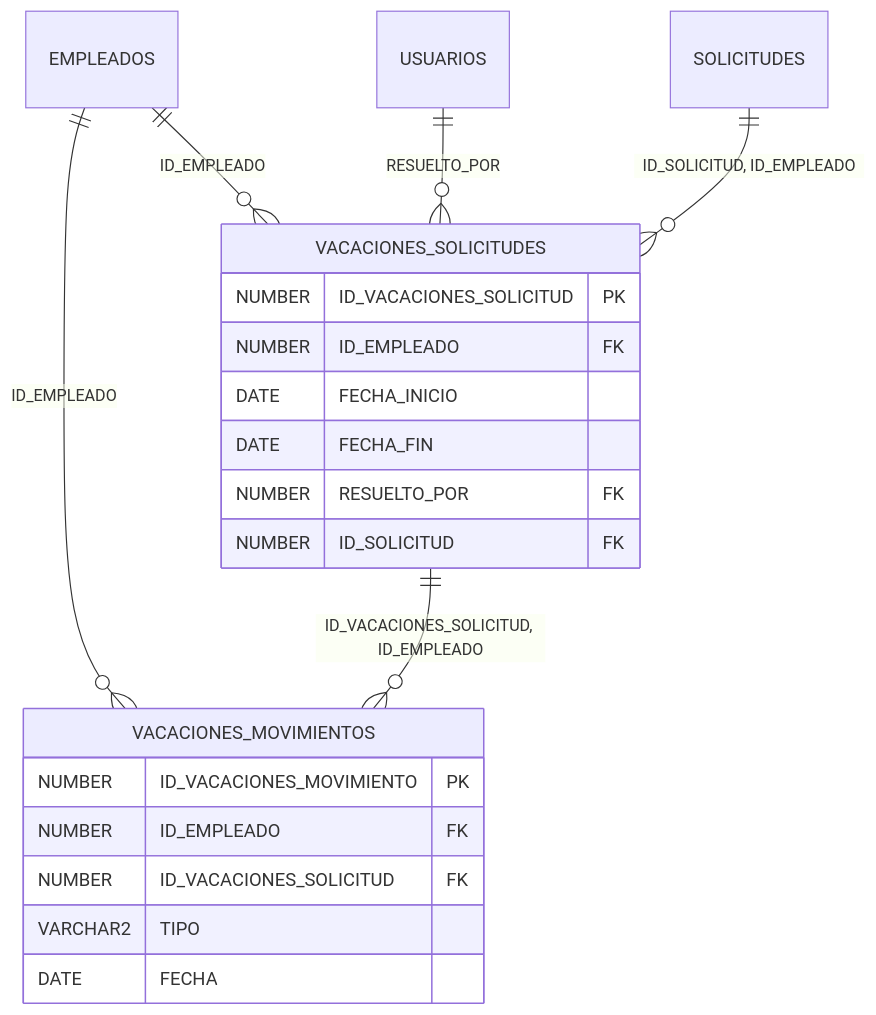
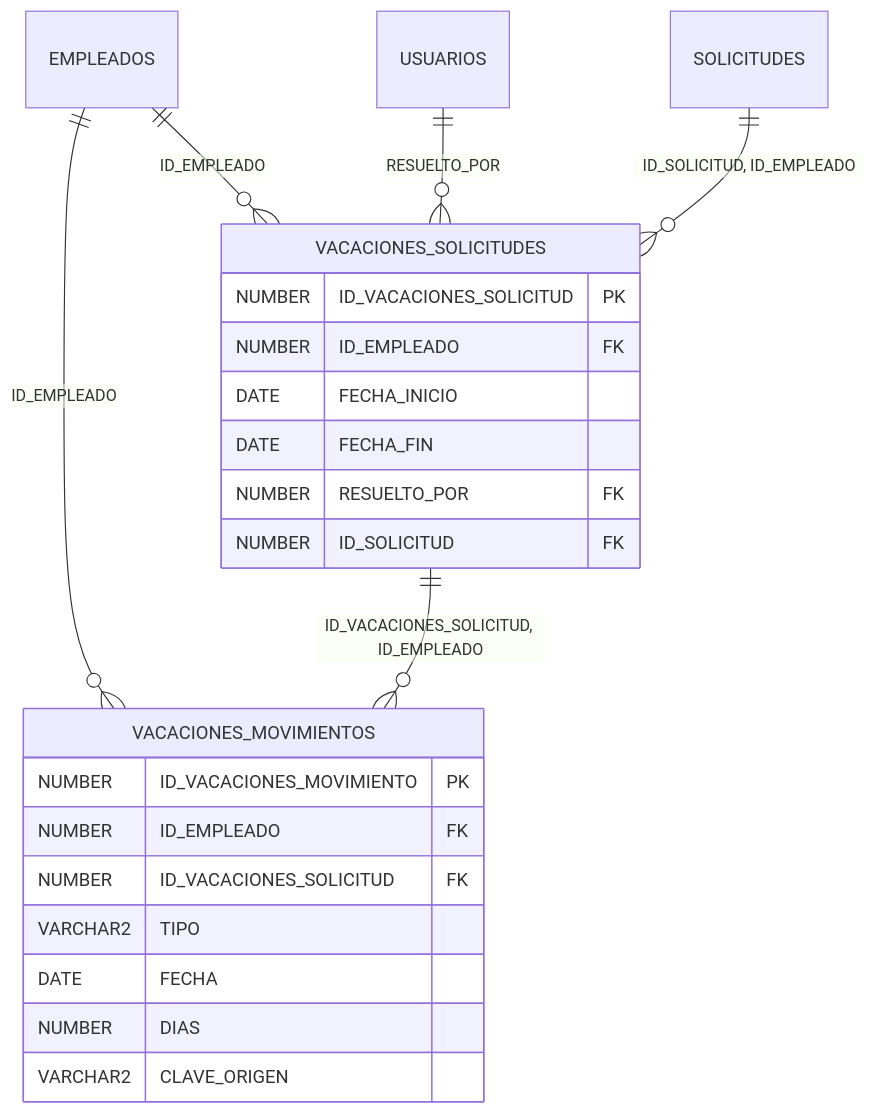
The tenth of 14 diagrams in docs/ERD.md (emartinez-umg/Nomina_2), drawn with Mermaid before and after one commit. The commit also changed other lines of this file and 27 other files, not shown here.

````diff
--- a/docs/ERD.md
+++ b/docs/ERD.md
@@ -514,23 +515,25 @@
 ```mermaid
 erDiagram
     VACACIONES_SOLICITUDES {
         NUMBER ID_VACACIONES_SOLICITUD PK
         NUMBER ID_EMPLEADO FK
         DATE FECHA_INICIO
         DATE FECHA_FIN
         NUMBER RESUELTO_POR FK
         NUMBER ID_SOLICITUD FK
     }
     VACACIONES_MOVIMIENTOS {
         NUMBER ID_VACACIONES_MOVIMIENTO PK
         NUMBER ID_EMPLEADO FK
         NUMBER ID_VACACIONES_SOLICITUD FK
         VARCHAR2 TIPO
         DATE FECHA
+        NUMBER DIAS
+        VARCHAR2 CLAVE_ORIGEN
     }
     EMPLEADOS ||--o{ VACACIONES_SOLICITUDES : "ID_EMPLEADO"
     USUARIOS ||--o{ VACACIONES_SOLICITUDES : "RESUELTO_POR"
     SOLICITUDES ||--o{ VACACIONES_SOLICITUDES : "ID_SOLICITUD, ID_EMPLEADO"
     EMPLEADOS ||--o{ VACACIONES_MOVIMIENTOS : "ID_EMPLEADO"
     VACACIONES_SOLICITUDES ||--o{ VACACIONES_MOVIMIENTOS : "ID_VACACIONES_SOLICITUD, ID_EMPLEADO"
 ```
````
